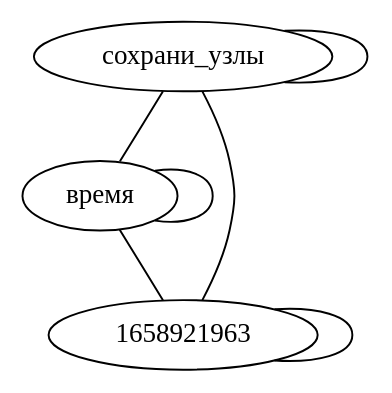
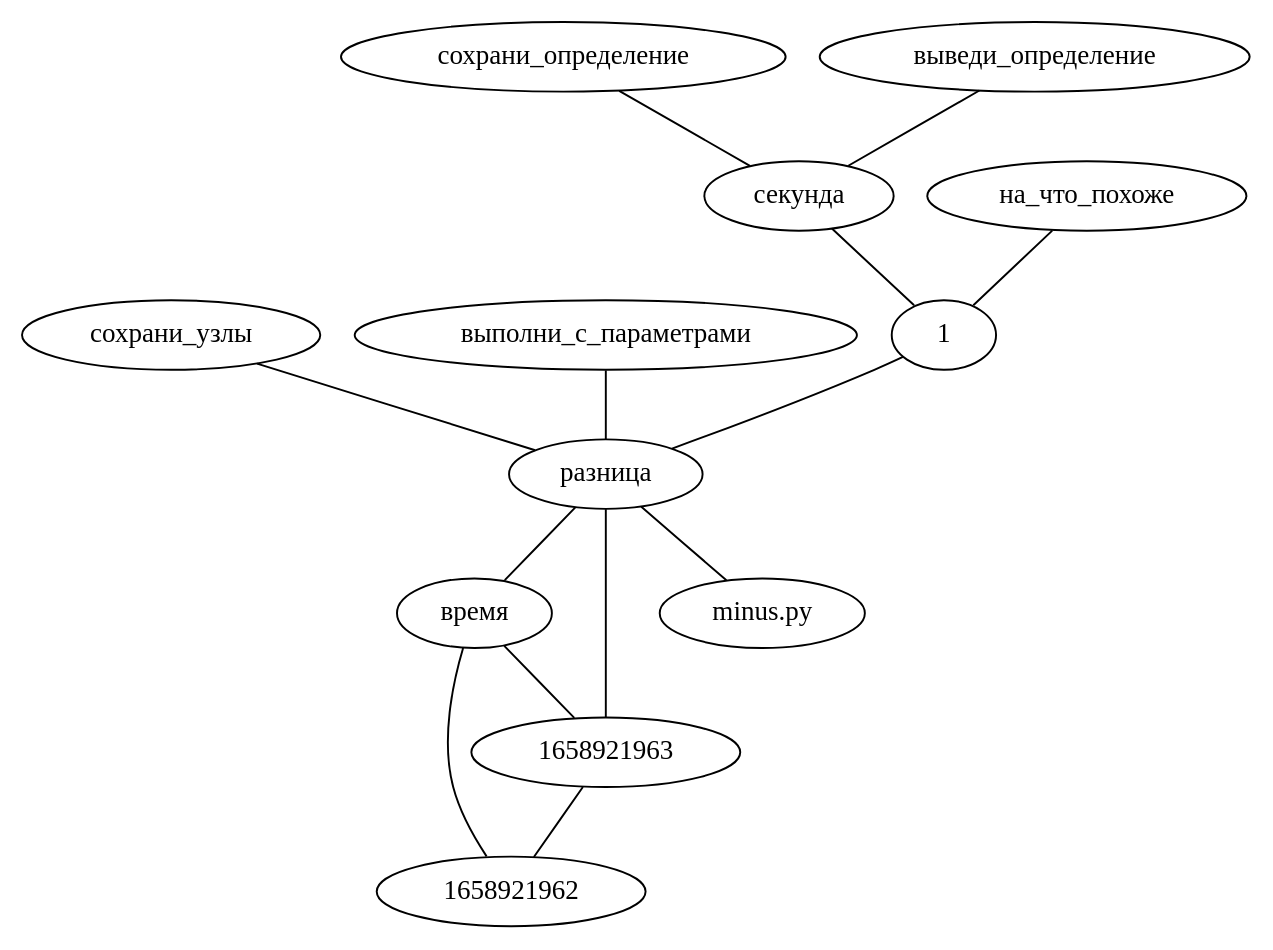
Before and after one commit to LeonovEvgenii/AGI: the diagram in graphs/local_graph.dot, drawn with Graphviz. The commit also changed 2 other files, not shown here.

```diff
--- a/graphs/local_graph.dot
+++ b/graphs/local_graph.dot
@@ -1,11 +1,15 @@
 strict graph G {
-сохрани_узлы -- сохрани_узлы
-сохрани_узлы -- время
-сохрани_узлы -- 1658921963
-время -- сохрани_узлы
-время -- время
-время -- 1658921963
-1658921963 -- сохрани_узлы
-1658921963 -- время
-1658921963 -- 1658921963
+"время" -- "1658921962"
+"время" -- "1658921963"
+"сохрани_узлы" -- "разница"
+"разница" -- "minus.py"
+"выполни_с_параметрами" -- "разница"
+"разница" -- "1658921963"
+"1658921963" -- "1658921962"
+"сохрани_определение" -- "секунда"
+"секунда" -- "1"
+"1" -- "разница"
+"разница" -- "время"
+"выведи_определение" -- "секунда"
+"на_что_похоже" -- "1"
 }
```
